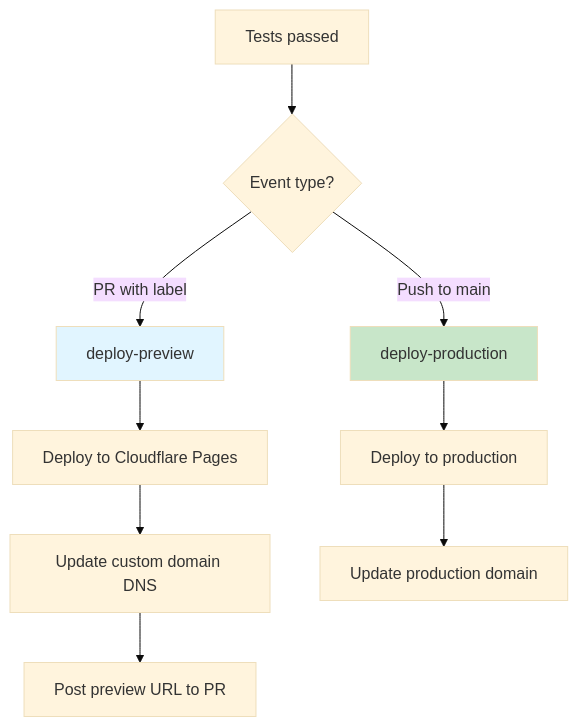
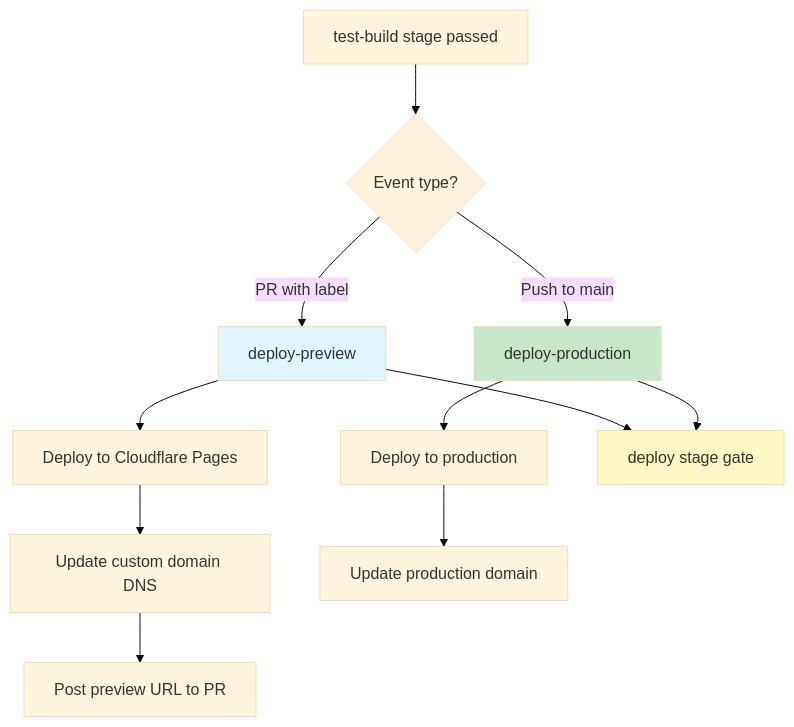
The fourth of 12 diagrams in .github/workflows/README.md (SuperiorByteWorks-LLC/ag-skills-demo), drawn with Mermaid (base theme) before and after one commit. The commit also changed other lines of this file and 74 other files, not shown here.

````diff
--- a/.github/workflows/README.md
+++ b/.github/workflows/README.md
@@ -104,17 +146,21 @@
 ```mermaid
 graph TD
-    A[Tests passed] --> B{Event type?}
-    
-    B -->|PR with label| C[deploy-preview]
-    B -->|Push to main| D[deploy-production]
-    
-    C --> C1[Deploy to Cloudflare Pages]
-    C1 --> C2[Update custom domain DNS]
-    C2 --> C3[Post preview URL to PR]
-    
-    D --> D1[Deploy to production]
-    D1 --> D2[Update production domain]
-    
-    style C fill:#e1f5ff
-    style D fill:#c8e6c9
+A[test-build stage passed] --> B{Event type?}
+
+B -->|PR with label| C[deploy-preview]
+B -->|Push to main| D[deploy-production]
+
+C --> C1[Deploy to Cloudflare Pages]
+C1 --> C2[Update custom domain DNS]
+C2 --> C3[Post preview URL to PR]
+
+D --> D1[Deploy to production]
+D1 --> D2[Update production domain]
+
+C --> E[deploy stage gate]
+D --> E
+
+style C fill:#e1f5ff
+style D fill:#c8e6c9
+style E fill:#fff9c4
 ```
````
